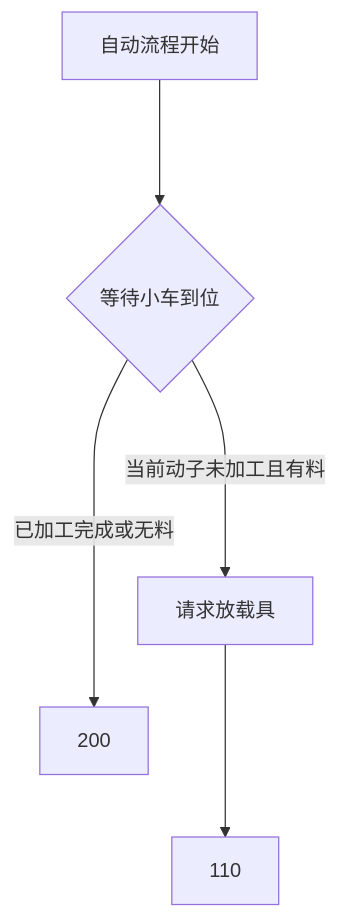
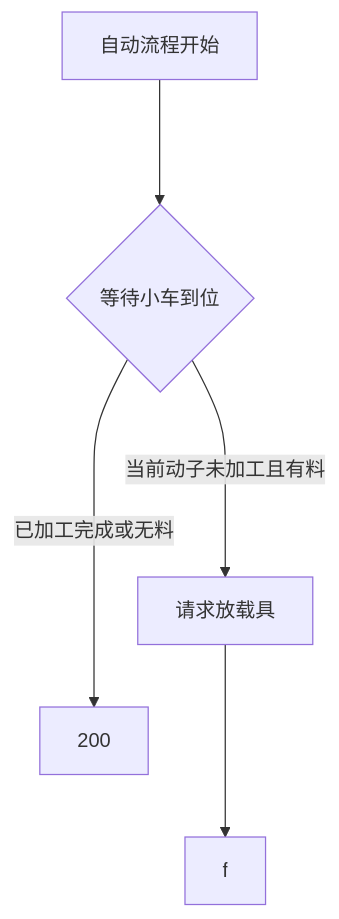
Before and after one commit to zmq000/iodraw-files: the diagram in all/OP70工位9磁悬浮交互工位.md, drawn with Mermaid.

Commit message:
2026-06-17 18:52:43 update

````diff
--- a/all/OP70工位9磁悬浮交互工位.md
+++ b/all/OP70工位9磁悬浮交互工位.md
@@ -1,9 +1,9 @@
 ```mermaid
 graph TD
 自动流程开始--->10
 10{等待小车到位}--->|当前动子未加工且有料|100
 10---->|已加工完成或无料|200
 100[请求放载具]--->110
-110
+110[f]
   
 ```
````
